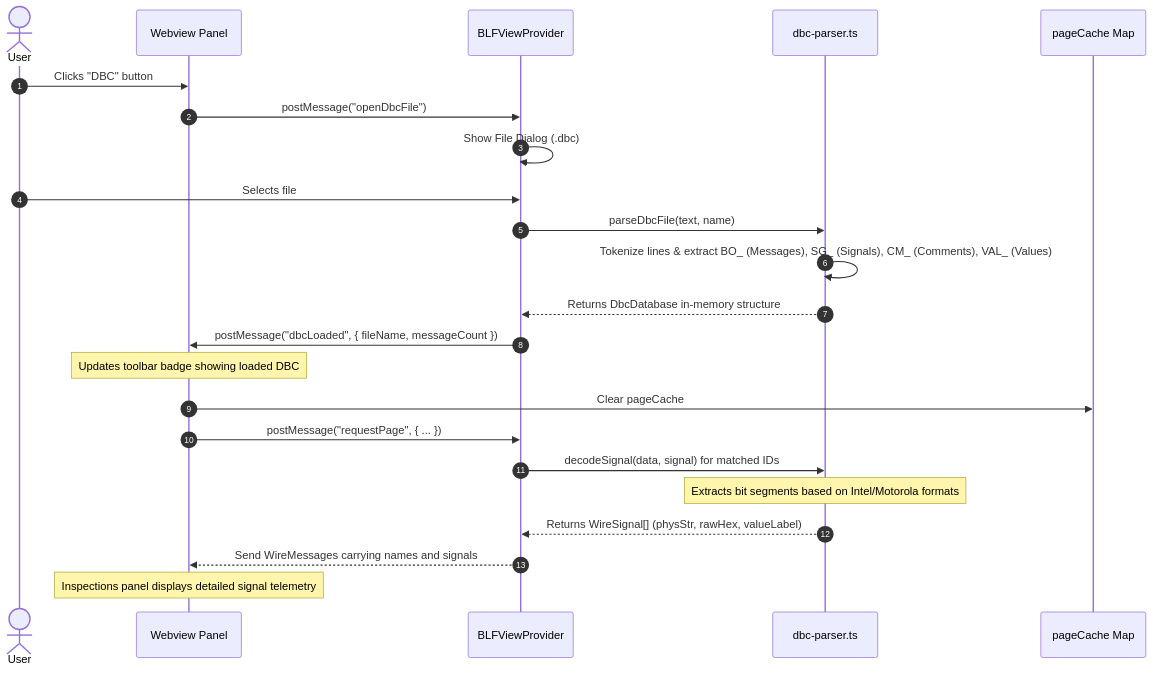
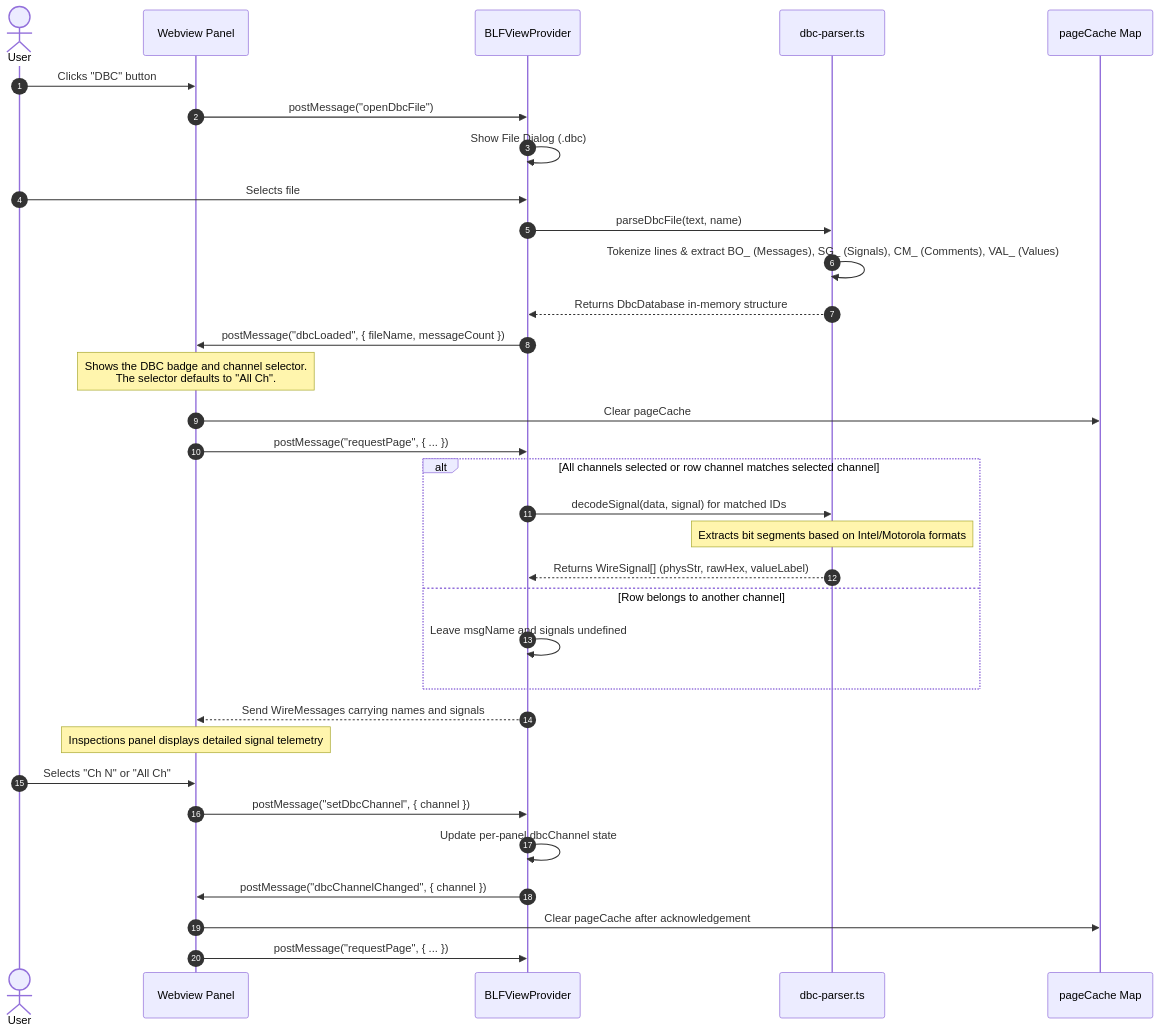
Before and after one commit to mrafatpanah/blf-viewer: the fifth of 6 diagrams in docs/design_and_architecture.md, drawn with Mermaid. The commit also changed other lines of this file and 7 other files, not shown here.

First line of the commit message:
feat: scope DBC decoding by channel (#16)

````diff
--- a/docs/design_and_architecture.md
+++ b/docs/design_and_architecture.md
@@ -163,26 +163,36 @@
 ```mermaid
 sequenceDiagram
     autonumber
     actor User
     participant View as Webview Panel
     participant Host as BLFViewProvider
     participant Parser as dbc-parser.ts
     participant Cache as pageCache Map
 
     User->>View: Clicks "DBC" button
     View->>Host: postMessage("openDbcFile")
     Host->>Host: Show File Dialog (.dbc)
     User->>Host: Selects file
     Host->>Parser: parseDbcFile(text, name)
     Parser->>Parser: Tokenize lines & extract BO_ (Messages), SG_ (Signals), CM_ (Comments), VAL_ (Values)
     Parser-->>Host: Returns DbcDatabase in-memory structure
     Host->>View: postMessage("dbcLoaded", { fileName, messageCount })
-    note over View: Updates toolbar badge showing loaded DBC
+    note over View: Shows the DBC badge and channel selector.<br/>The selector defaults to "All Ch".
     View->>Cache: Clear pageCache
     View->>Host: postMessage("requestPage", { ... })
-    Host->>Parser: decodeSignal(data, signal) for matched IDs
-    note over Parser: Extracts bit segments based on Intel/Motorola formats
-    Parser-->>Host: Returns WireSignal[] (physStr, rawHex, valueLabel)
+    alt All channels selected or row channel matches selected channel
+        Host->>Parser: decodeSignal(data, signal) for matched IDs
+        note over Parser: Extracts bit segments based on Intel/Motorola formats
+        Parser-->>Host: Returns WireSignal[] (physStr, rawHex, valueLabel)
+    else Row belongs to another channel
+        Host->>Host: Leave msgName and signals undefined
+    end
     Host-->>View: Send WireMessages carrying names and signals
     note over View: Inspections panel displays detailed signal telemetry
+    User->>View: Selects "Ch N" or "All Ch"
+    View->>Host: postMessage("setDbcChannel", { channel })
+    Host->>Host: Update per-panel dbcChannel state
+    Host->>View: postMessage("dbcChannelChanged", { channel })
+    View->>Cache: Clear pageCache after acknowledgement
+    View->>Host: postMessage("requestPage", { ... })
 ```
````
